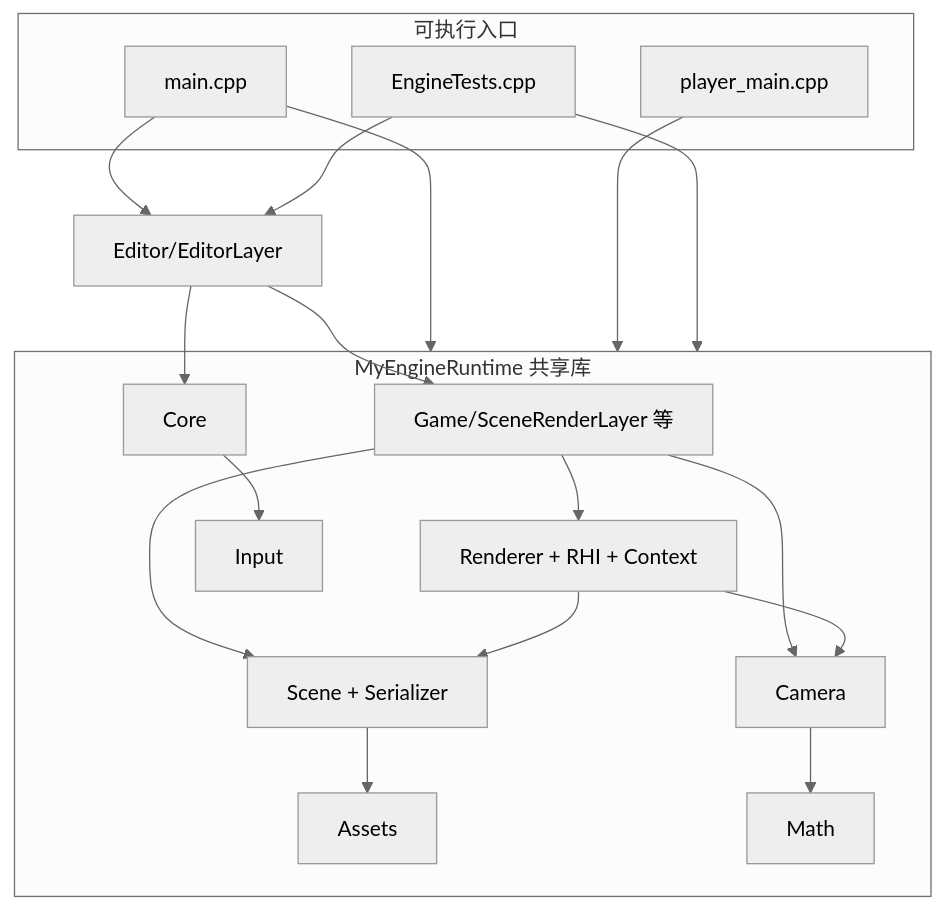
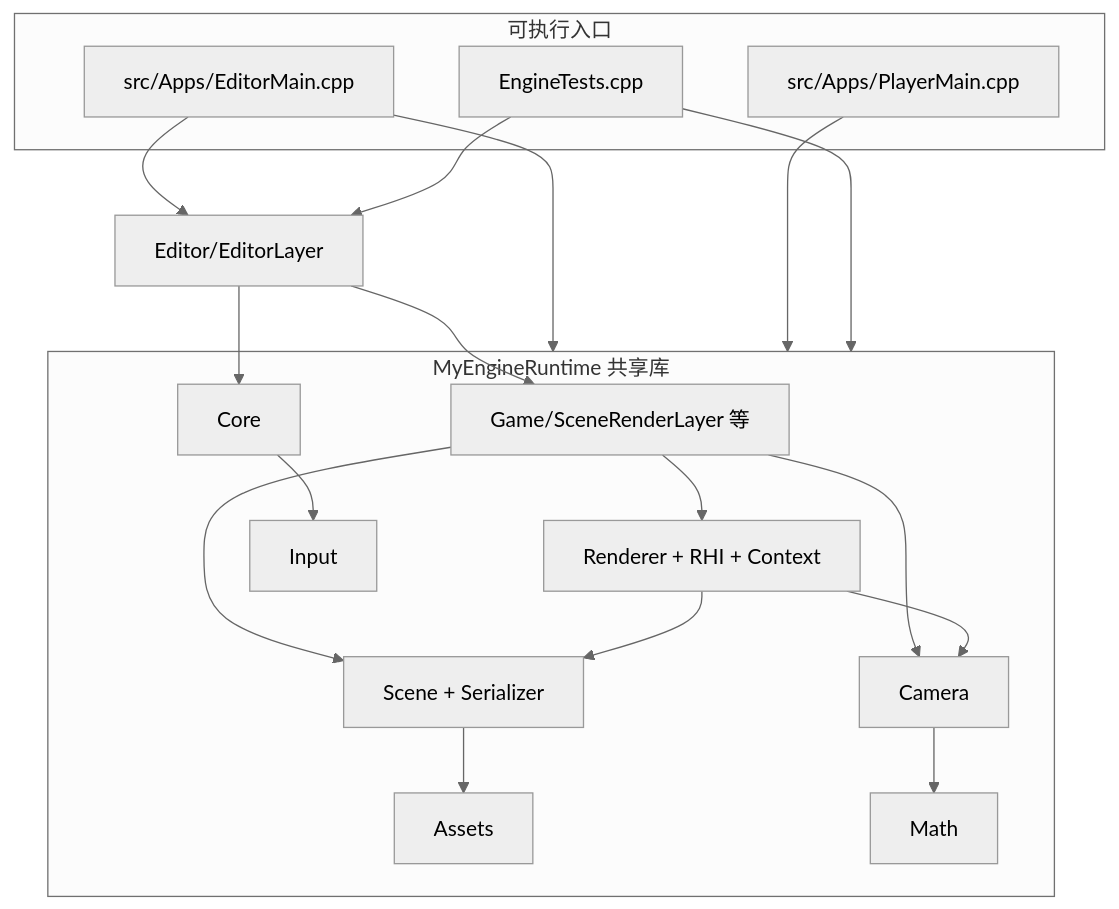
One commit to bladesero/MyEngine changed the first of 2 diagrams in design.md. Above: the diagram before and after it, drawn with Mermaid (neutral theme). The commit also changed other lines of this file and 153 other files, not shown here.

````diff
--- a/design.md
+++ b/design.md
@@ -88,36 +88,36 @@
 ```mermaid
 flowchart TB
     subgraph apps [可执行入口]
-        EditorExe[main.cpp]
-        PlayerExe[player_main.cpp]
+        EditorExe[src/Apps/EditorMain.cpp]
+        PlayerExe[src/Apps/PlayerMain.cpp]
         TestsExe[EngineTests.cpp]
     end
 
     subgraph runtime_dll [MyEngineRuntime 共享库]
         Game[Game/SceneRenderLayer 等]
         R[Renderer + RHI + Context]
         Cam[Camera]
         Sc[Scene + Serializer]
         Ast[Assets]
         Core[Core]
         Inp[Input]
         Math[Math]
     end
 
     EditorExe --> runtime_dll
     PlayerExe --> runtime_dll
     TestsExe --> runtime_dll
 
     EditorExe --> Editor[Editor/EditorLayer]
     TestsExe --> Editor
     Editor --> Game
     Editor --> Core
     Game --> Sc
     Game --> R
     Game --> Cam
     R --> Sc
     R --> Cam
     Sc --> Ast
     Cam --> Math
     Core --> Inp
 ```
````
